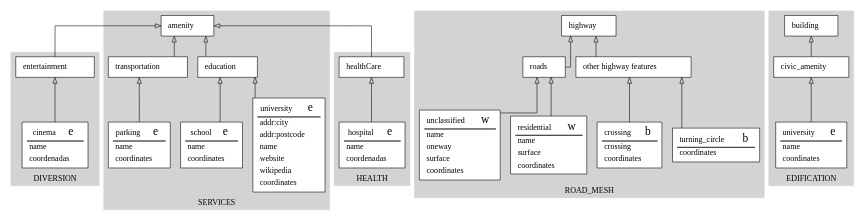
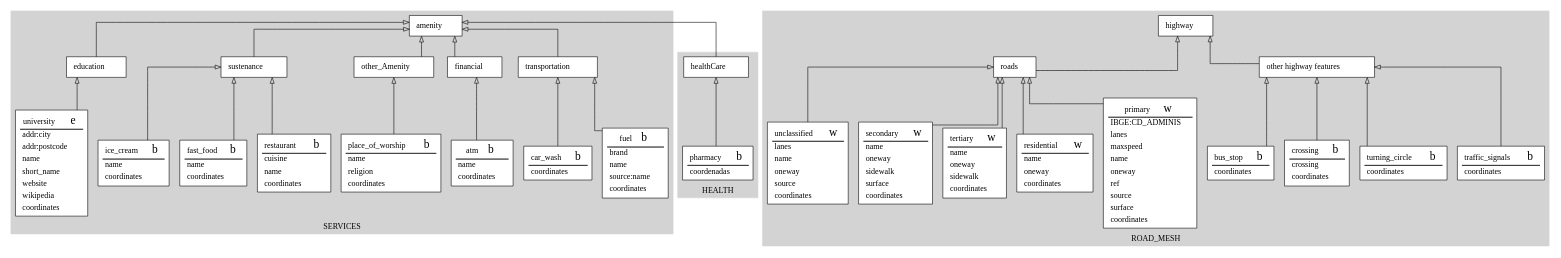
The diagram in schema.gv (vinisperandio/OSM2Diagram_optmizated), drawn with Graphviz before and after one commit. The commit also changed 6 other files, not shown here.

```diff
--- a/schema.gv
+++ b/schema.gv
@@ -4,32 +4,125 @@
 		node [color=black style=filled]
 		color=lightgrey style=filled
 		label=DIVERSION
+	}
+	subgraph cluster_SERVICES {
+		node [color=black style=filled]
+		color=lightgrey style=filled
+		label=SERVICES
 		0[style = "filled, bold" penwidth = "1" fillcolor="white" label=<
 			<TABLE color="black" border="0">
 			 <TR>
-				<TD align="center"><font color="black">cinema</font>  
-				<font FACE="sigmoda" POINT-SIZE="20.0"> e</font></TD>
+				<TD align="center"><font color="black">fuel</font>  
+				<font FACE="sigmoda" POINT-SIZE="20.0"> b</font></TD>
+			</TR>
+			<hr/>
+			<TR>
+				<TD align="left">brand</TD>
+			 </TR>
+			<TR>
+				<TD align="left">name</TD>
+			 </TR>
+			<TR>
+				<TD align="left">source:name</TD>
+			 </TR>
+			<TR>
+				<TD align="left">coordinates</TD>
+			 </TR>
+			</TABLE>>]
+		1[style = "filled, bold" penwidth = "1" fillcolor="white" label=<
+			<TABLE color="black" border="0">
+			 <TR>
+				<TD align="center"><font color="black">amenity</font>  </TD>
+			</TR>
+			</TABLE>>]
+		2[style = "filled, bold" penwidth = "1" fillcolor="white" label=<
+			<TABLE color="black" border="0">
+			 <TR>
+				<TD align="center"><font color="black">car_wash</font>  
+				<font FACE="sigmoda" POINT-SIZE="20.0"> b</font></TD>
+			</TR>
+			<hr/>
+			<TR>
+				<TD align="left">coordinates</TD>
+			 </TR>
+			</TABLE>>]
+		3[style = "filled, bold" penwidth = "1" fillcolor="white" label=<
+			<TABLE color="black" border="0">
+			 <TR>
+				<TD align="center"><font color="black">atm</font>  
+				<font FACE="sigmoda" POINT-SIZE="20.0"> b</font></TD>
 			</TR>
 			<hr/>
 			<TR>
 				<TD align="left">name</TD>
 			 </TR>
 			<TR>
-				<TD align="left">coordenadas</TD>
+				<TD align="left">coordinates</TD>
 			 </TR>
 			</TABLE>>]
-		1[style = "filled, bold" penwidth = "1" fillcolor="white" label=<
+		4[style = "filled, bold" penwidth = "1" fillcolor="white" label=<
 			<TABLE color="black" border="0">
 			 <TR>
-				<TD align="center"><font color="black">entertainment</font>  </TD>
+				<TD align="center"><font color="black">restaurant</font>  
+				<font FACE="sigmoda" POINT-SIZE="20.0"> b</font></TD>
 			</TR>
+			<hr/>
+			<TR>
+				<TD align="left">cuisine</TD>
+			 </TR>
+			<TR>
+				<TD align="left">name</TD>
+			 </TR>
+			<TR>
+				<TD align="left">coordinates</TD>
+			 </TR>
 			</TABLE>>]
-	}
-	subgraph cluster_SERVICES {
-		node [color=black style=filled]
-		color=lightgrey style=filled
-		label=SERVICES
-		2[style = "filled, bold" penwidth = "1" fillcolor="white" label=<
+		5[style = "filled, bold" penwidth = "1" fillcolor="white" label=<
+			<TABLE color="black" border="0">
+			 <TR>
+				<TD align="center"><font color="black">place_of_worship</font>  
+				<font FACE="sigmoda" POINT-SIZE="20.0"> b</font></TD>
+			</TR>
+			<hr/>
+			<TR>
+				<TD align="left">name</TD>
+			 </TR>
+			<TR>
+				<TD align="left">religion</TD>
+			 </TR>
+			<TR>
+				<TD align="left">coordinates</TD>
+			 </TR>
+			</TABLE>>]
+		6[style = "filled, bold" penwidth = "1" fillcolor="white" label=<
+			<TABLE color="black" border="0">
+			 <TR>
+				<TD align="center"><font color="black">fast_food</font>  
+				<font FACE="sigmoda" POINT-SIZE="20.0"> b</font></TD>
+			</TR>
+			<hr/>
+			<TR>
+				<TD align="left">name</TD>
+			 </TR>
+			<TR>
+				<TD align="left">coordinates</TD>
+			 </TR>
+			</TABLE>>]
+		7[style = "filled, bold" penwidth = "1" fillcolor="white" label=<
+			<TABLE color="black" border="0">
+			 <TR>
+				<TD align="center"><font color="black">ice_cream</font>  
+				<font FACE="sigmoda" POINT-SIZE="20.0"> b</font></TD>
+			</TR>
+			<hr/>
+			<TR>
+				<TD align="left">name</TD>
+			 </TR>
+			<TR>
+				<TD align="left">coordinates</TD>
+			 </TR>
+			</TABLE>>]
+		8[style = "filled, bold" penwidth = "1" fillcolor="white" label=<
 			<TABLE color="black" border="0">
 			 <TR>
 				<TD align="center"><font color="black">university</font>  
@@ -46,6 +139,9 @@
 				<TD align="left">name</TD>
 			 </TR>
 			<TR>
+				<TD align="left">short_name</TD>
+			 </TR>
+			<TR>
 				<TD align="left">website</TD>
 			 </TR>
 			<TR>
@@ -55,50 +151,34 @@
 				<TD align="left">coordinates</TD>
 			 </TR>
 			</TABLE>>]
-		3[style = "filled, bold" penwidth = "1" fillcolor="white" label=<
+		9[style = "filled, bold" penwidth = "1" fillcolor="white" label=<
 			<TABLE color="black" border="0">
 			 <TR>
-				<TD align="center"><font color="black">amenity</font>  </TD>
+				<TD align="center"><font color="black">transportation</font>  </TD>
 			</TR>
 			</TABLE>>]
-		4[style = "filled, bold" penwidth = "1" fillcolor="white" label=<
+		10[style = "filled, bold" penwidth = "1" fillcolor="white" label=<
 			<TABLE color="black" border="0">
 			 <TR>
-				<TD align="center"><font color="black">school</font>  
-				<font FACE="sigmoda" POINT-SIZE="20.0"> e</font></TD>
+				<TD align="center"><font color="black">financial</font>  </TD>
 			</TR>
-			<hr/>
-			<TR>
-				<TD align="left">name</TD>
-			 </TR>
-			<TR>
-				<TD align="left">coordinates</TD>
-			 </TR>
 			</TABLE>>]
-		5[style = "filled, bold" penwidth = "1" fillcolor="white" label=<
+		11[style = "filled, bold" penwidth = "1" fillcolor="white" label=<
 			<TABLE color="black" border="0">
 			 <TR>
-				<TD align="center"><font color="black">parking</font>  
-				<font FACE="sigmoda" POINT-SIZE="20.0"> e</font></TD>
+				<TD align="center"><font color="black">sustenance</font>  </TD>
 			</TR>
-			<hr/>
-			<TR>
-				<TD align="left">name</TD>
-			 </TR>
-			<TR>
-				<TD align="left">coordinates</TD>
-			 </TR>
 			</TABLE>>]
-		6[style = "filled, bold" penwidth = "1" fillcolor="white" label=<
+		12[style = "filled, bold" penwidth = "1" fillcolor="white" label=<
+			<TABLE color="black" border="0">
+			 <TR>
+				<TD align="center"><font color="black">other_Amenity</font>  </TD>
+			</TR>
+			</TABLE>>]
+		13[style = "filled, bold" penwidth = "1" fillcolor="white" label=<
 			<TABLE color="black" border="0">
 			 <TR>
 				<TD align="center"><font color="black">education</font>  </TD>
-			</TR>
-			</TABLE>>]
-		7[style = "filled, bold" penwidth = "1" fillcolor="white" label=<
-			<TABLE color="black" border="0">
-			 <TR>
-				<TD align="center"><font color="black">transportation</font>  </TD>
 			</TR>
 			</TABLE>>]
 	}
@@ -106,21 +186,18 @@
 		node [color=black style=filled]
 		color=lightgrey style=filled
 		label=HEALTH
-		8[style = "filled, bold" penwidth = "1" fillcolor="white" label=<
+		14[style = "filled, bold" penwidth = "1" fillcolor="white" label=<
 			<TABLE color="black" border="0">
 			 <TR>
-				<TD align="center"><font color="black">hospital</font>  
-				<font FACE="sigmoda" POINT-SIZE="20.0"> e</font></TD>
+				<TD align="center"><font color="black">pharmacy</font>  
+				<font FACE="sigmoda" POINT-SIZE="20.0"> b</font></TD>
 			</TR>
 			<hr/>
-			<TR>
-				<TD align="left">name</TD>
-			 </TR>
 			<TR>
 				<TD align="left">coordenadas</TD>
 			 </TR>
 			</TABLE>>]
-		9[style = "filled, bold" penwidth = "1" fillcolor="white" label=<
+		15[style = "filled, bold" penwidth = "1" fillcolor="white" label=<
 			<TABLE color="black" border="0">
 			 <TR>
 				<TD align="center"><font color="black">healthCare</font>  </TD>
@@ -131,7 +208,24 @@
 		node [color=black style=filled]
 		color=lightgrey style=filled
 		label=ROAD_MESH
-		10[style = "filled, bold" penwidth = "1" fillcolor="white" label=<
+		16[style = "filled, bold" penwidth = "1" fillcolor="white" label=<
+			<TABLE color="black" border="0">
+			 <TR>
+				<TD align="center"><font color="black">traffic_signals</font>  
+				<font FACE="sigmoda" POINT-SIZE="20.0"> b</font></TD>
+			</TR>
+			<hr/>
+			<TR>
+				<TD align="left">coordinates</TD>
+			 </TR>
+			</TABLE>>]
+		17[style = "filled, bold" penwidth = "1" fillcolor="white" label=<
+			<TABLE color="black" border="0">
+			 <TR>
+				<TD align="center"><font color="black">highway</font>  </TD>
+			</TR>
+			</TABLE>>]
+		18[style = "filled, bold" penwidth = "1" fillcolor="white" label=<
 			<TABLE color="black" border="0">
 			 <TR>
 				<TD align="center"><font color="black">turning_circle</font>  
@@ -142,13 +236,7 @@
 				<TD align="left">coordinates</TD>
 			 </TR>
 			</TABLE>>]
-		11[style = "filled, bold" penwidth = "1" fillcolor="white" label=<
-			<TABLE color="black" border="0">
-			 <TR>
-				<TD align="center"><font color="black">highway</font>  </TD>
-			</TR>
-			</TABLE>>]
-		12[style = "filled, bold" penwidth = "1" fillcolor="white" label=<
+		19[style = "filled, bold" penwidth = "1" fillcolor="white" label=<
 			<TABLE color="black" border="0">
 			 <TR>
 				<TD align="center"><font color="black">crossing</font>  
@@ -162,7 +250,53 @@
 				<TD align="left">coordinates</TD>
 			 </TR>
 			</TABLE>>]
-		13[style = "filled, bold" penwidth = "1" fillcolor="white" label=<
+		20[style = "filled, bold" penwidth = "1" fillcolor="white" label=<
+			<TABLE color="black" border="0">
+			 <TR>
+				<TD align="center"><font color="black">bus_stop</font>  
+				<font FACE="sigmoda" POINT-SIZE="20.0"> b</font></TD>
+			</TR>
+			<hr/>
+			<TR>
+				<TD align="left">coordinates</TD>
+			 </TR>
+			</TABLE>>]
+		21[style = "filled, bold" penwidth = "1" fillcolor="white" label=<
+			<TABLE color="black" border="0">
+			 <TR>
+				<TD align="center"><font color="black">primary</font>  
+				<font FACE="sigmoda" POINT-SIZE="20.0"> w</font></TD>
+			</TR>
+			<hr/>
+			<TR>
+				<TD align="left">IBGE:CD_ADMINIS</TD>
+			 </TR>
+			<TR>
+				<TD align="left">lanes</TD>
+			 </TR>
+			<TR>
+				<TD align="left">maxspeed</TD>
+			 </TR>
+			<TR>
+				<TD align="left">name</TD>
+			 </TR>
+			<TR>
+				<TD align="left">oneway</TD>
+			 </TR>
+			<TR>
+				<TD align="left">ref</TD>
+			 </TR>
+			<TR>
+				<TD align="left">source</TD>
+			 </TR>
+			<TR>
+				<TD align="left">surface</TD>
+			 </TR>
+			<TR>
+				<TD align="left">coordinates</TD>
+			 </TR>
+			</TABLE>>]
+		22[style = "filled, bold" penwidth = "1" fillcolor="white" label=<
 			<TABLE color="black" border="0">
 			 <TR>
 				<TD align="center"><font color="black">residential</font>  
@@ -173,16 +307,16 @@
 				<TD align="left">name</TD>
 			 </TR>
 			<TR>
-				<TD align="left">surface</TD>
+				<TD align="left">oneway</TD>
 			 </TR>
 			<TR>
 				<TD align="left">coordinates</TD>
 			 </TR>
 			</TABLE>>]
-		14[style = "filled, bold" penwidth = "1" fillcolor="white" label=<
+		23[style = "filled, bold" penwidth = "1" fillcolor="white" label=<
 			<TABLE color="black" border="0">
 			 <TR>
-				<TD align="center"><font color="black">unclassified</font>  
+				<TD align="center"><font color="black">tertiary</font>  
 				<font FACE="sigmoda" POINT-SIZE="20.0"> w</font></TD>
 			</TR>
 			<hr/>
@@ -193,19 +327,65 @@
 				<TD align="left">oneway</TD>
 			 </TR>
 			<TR>
+				<TD align="left">sidewalk</TD>
+			 </TR>
+			<TR>
+				<TD align="left">coordinates</TD>
+			 </TR>
+			</TABLE>>]
+		24[style = "filled, bold" penwidth = "1" fillcolor="white" label=<
+			<TABLE color="black" border="0">
+			 <TR>
+				<TD align="center"><font color="black">secondary</font>  
+				<font FACE="sigmoda" POINT-SIZE="20.0"> w</font></TD>
+			</TR>
+			<hr/>
+			<TR>
+				<TD align="left">name</TD>
+			 </TR>
+			<TR>
+				<TD align="left">oneway</TD>
+			 </TR>
+			<TR>
+				<TD align="left">sidewalk</TD>
+			 </TR>
+			<TR>
 				<TD align="left">surface</TD>
 			 </TR>
 			<TR>
 				<TD align="left">coordinates</TD>
 			 </TR>
 			</TABLE>>]
-		15[style = "filled, bold" penwidth = "1" fillcolor="white" label=<
+		25[style = "filled, bold" penwidth = "1" fillcolor="white" label=<
+			<TABLE color="black" border="0">
+			 <TR>
+				<TD align="center"><font color="black">unclassified</font>  
+				<font FACE="sigmoda" POINT-SIZE="20.0"> w</font></TD>
+			</TR>
+			<hr/>
+			<TR>
+				<TD align="left">lanes</TD>
+			 </TR>
+			<TR>
+				<TD align="left">name</TD>
+			 </TR>
+			<TR>
+				<TD align="left">oneway</TD>
+			 </TR>
+			<TR>
+				<TD align="left">source</TD>
+			 </TR>
+			<TR>
+				<TD align="left">coordinates</TD>
+			 </TR>
+			</TABLE>>]
+		26[style = "filled, bold" penwidth = "1" fillcolor="white" label=<
 			<TABLE color="black" border="0">
 			 <TR>
 				<TD align="center"><font color="black">other highway features</font>  </TD>
 			</TR>
 			</TABLE>>]
-		16[style = "filled, bold" penwidth = "1" fillcolor="white" label=<
+		27[style = "filled, bold" penwidth = "1" fillcolor="white" label=<
 			<TABLE color="black" border="0">
 			 <TR>
 				<TD align="center"><font color="black">roads</font>  </TD>
@@ -216,50 +396,33 @@
 		node [color=black style=filled]
 		color=lightgrey style=filled
 		label=EDIFICATION
-		17[style = "filled, bold" penwidth = "1" fillcolor="white" label=<
-			<TABLE color="black" border="0">
-			 <TR>
-				<TD align="center"><font color="black">university</font>  
-				<font FACE="sigmoda" POINT-SIZE="20.0"> e</font></TD>
-			</TR>
-			<hr/>
-			<TR>
-				<TD align="left">name</TD>
-			 </TR>
-			<TR>
-				<TD align="left">coordinates</TD>
-			 </TR>
-			</TABLE>>]
-		18[style = "filled, bold" penwidth = "1" fillcolor="white" label=<
-			<TABLE color="black" border="0">
-			 <TR>
-				<TD align="center"><font color="black">building</font>  </TD>
-			</TR>
-			</TABLE>>]
-		19[style = "filled, bold" penwidth = "1" fillcolor="white" label=<
-			<TABLE color="black" border="0">
-			 <TR>
-				<TD align="center"><font color="black">civic_amenity</font>  </TD>
-			</TR>
-			</TABLE>>]
 	}
-		0 -> 1[arrowhead=onormal]
-		1 -> 3[arrowhead=onormal]
-		2 -> 6[arrowhead=onormal]
-		4 -> 6[arrowhead=onormal]
-		5 -> 7[arrowhead=onormal]
-		6 -> 3[arrowhead=onormal]
-		7 -> 3[arrowhead=onormal]
-		8 -> 9[arrowhead=onormal]
-		9 -> 3[arrowhead=onormal]
-		10 -> 15[arrowhead=onormal]
-		12 -> 15[arrowhead=onormal]
-		13 -> 16[arrowhead=onormal]
-		14 -> 16[arrowhead=onormal]
-		15 -> 11[arrowhead=onormal]
-		16 -> 11[arrowhead=onormal]
-		17 -> 19[arrowhead=onormal]
-		19 -> 18[arrowhead=onormal]
+		0 -> 9[arrowhead=onormal]
+		2 -> 9[arrowhead=onormal]
+		3 -> 10[arrowhead=onormal]
+		4 -> 11[arrowhead=onormal]
+		5 -> 12[arrowhead=onormal]
+		6 -> 11[arrowhead=onormal]
+		7 -> 11[arrowhead=onormal]
+		8 -> 13[arrowhead=onormal]
+		9 -> 1[arrowhead=onormal]
+		10 -> 1[arrowhead=onormal]
+		11 -> 1[arrowhead=onormal]
+		12 -> 1[arrowhead=onormal]
+		13 -> 1[arrowhead=onormal]
+		14 -> 15[arrowhead=onormal]
+		15 -> 1[arrowhead=onormal]
+		16 -> 26[arrowhead=onormal]
+		18 -> 26[arrowhead=onormal]
+		19 -> 26[arrowhead=onormal]
+		20 -> 26[arrowhead=onormal]
+		21 -> 27[arrowhead=onormal]
+		22 -> 27[arrowhead=onormal]
+		23 -> 27[arrowhead=onormal]
+		24 -> 27[arrowhead=onormal]
+		25 -> 27[arrowhead=onormal]
+		26 -> 17[arrowhead=onormal]
+		27 -> 17[arrowhead=onormal]
 	rankdir=BT
 	splines=ortho
 }
```
